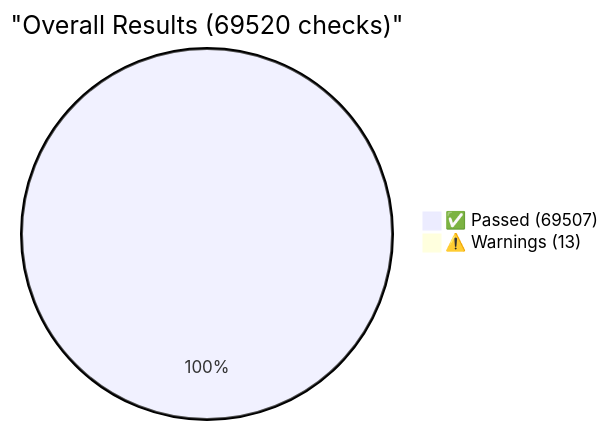
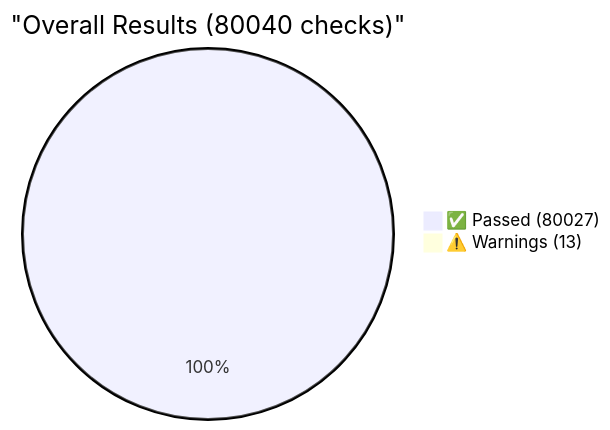
The third of 8 diagrams in tests/reports/crit-test-report.md (Vulnetix/ietf-crit-spec), drawn with Mermaid before and after one commit. The commit also changed other lines of this file and 359 other files, not shown here.

````diff
--- a/tests/reports/crit-test-report.md
+++ b/tests/reports/crit-test-report.md
@@ -77,5 +77,5 @@
 ```mermaid
-pie title "Overall Results (69520 checks)"
-    "✅ Passed (69507)" : 69507
+pie title "Overall Results (80040 checks)"
+    "✅ Passed (80027)" : 80027
     "⚠️ Warnings (13)" : 13
 ```
````
